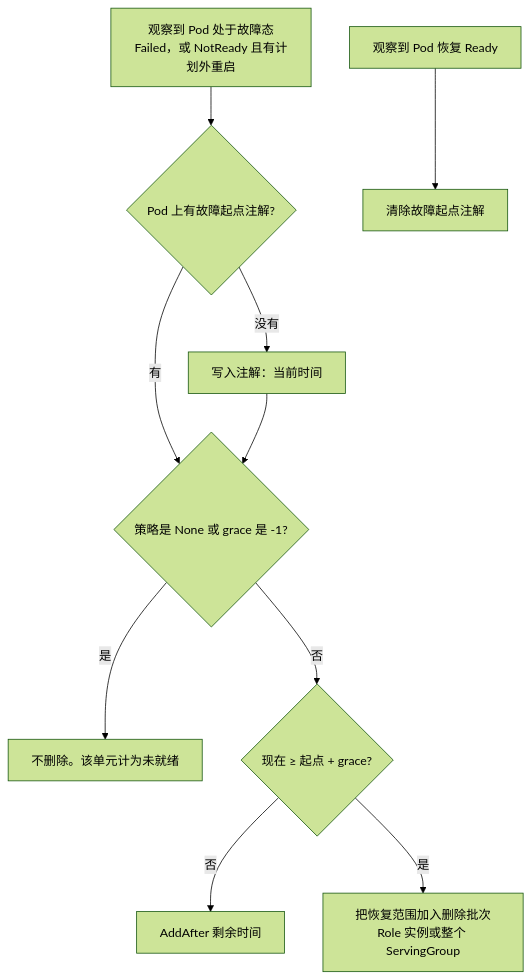
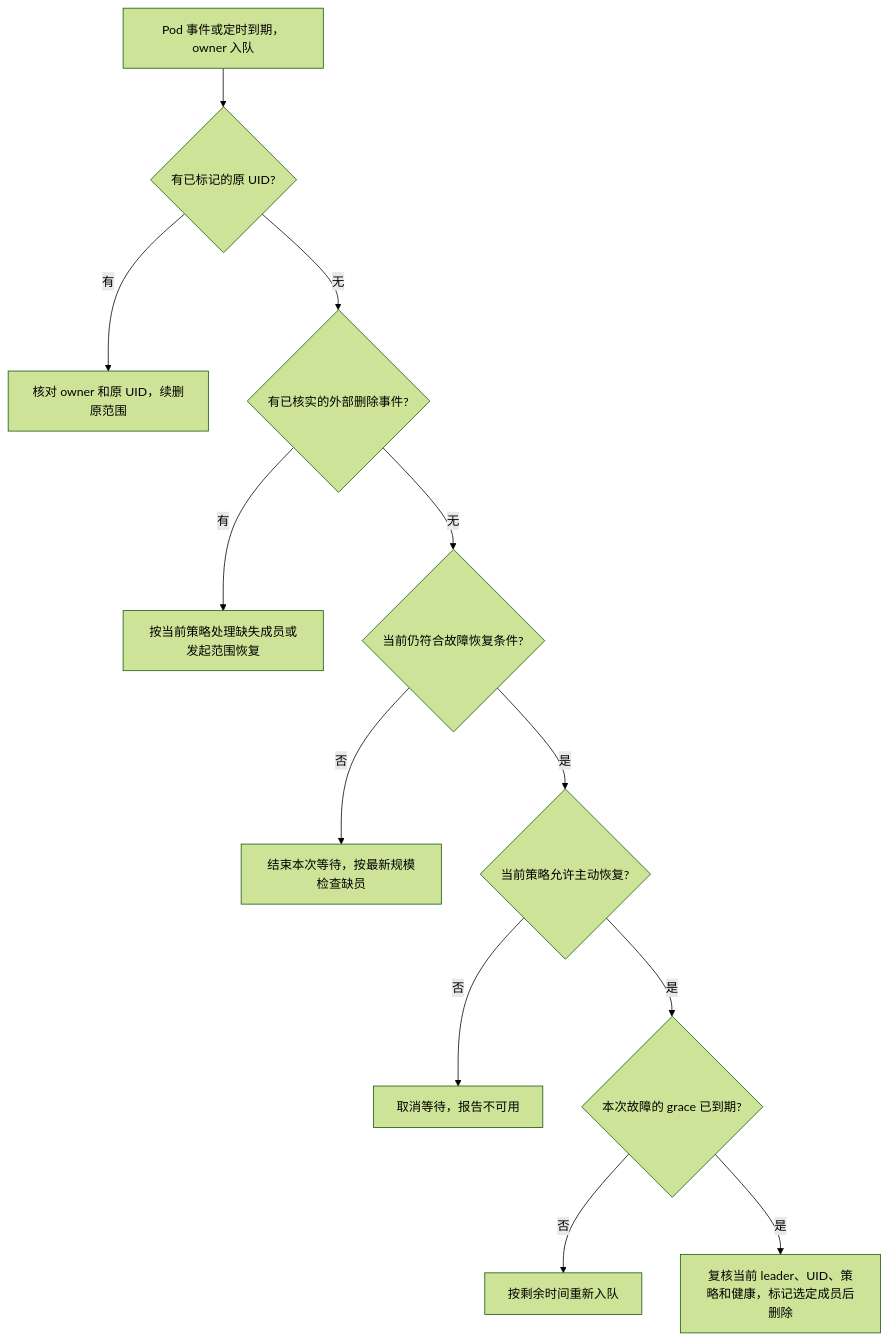
One commit to VanderChen/kthena changed the tenth of 10 diagrams in docs/proposal/modelserving-rollout-state-design.md. Above: the diagram before and after it, drawn with Mermaid (forest theme). The commit also changed other lines of this file and 2 other files, not shown here.

Commit message:
docs: clarify ModelServing reconciliation boundaries and rollout review findings

````diff
--- a/docs/proposal/modelserving-rollout-state-design.md
+++ b/docs/proposal/modelserving-rollout-state-design.md
@@ -594,12 +596,14 @@
 ```mermaid
 flowchart TD
-    A[观察到 Pod 处于故障态<br/>Failed，或 NotReady 且有计划外重启] --> B{Pod 上有故障起点注解?}
-    B -->|没有| C[写入注解：当前时间]
-    B -->|有| D
-    C --> D{策略是 None 或 grace 是 -1?}
-    D -->|是| E[不删除。该单元计为未就绪]
-    D -->|否| F{现在 ≥ 起点 + grace?}
-    F -->|否| G[AddAfter 剩余时间]
-    F -->|是| H[把恢复范围加入删除批次<br/>Role 实例或整个 ServingGroup]
-    I[观察到 Pod 恢复 Ready] --> J[清除故障起点注解]
+    A[Pod 事件或定时到期，owner 入队] --> B{有已标记的原 UID?}
+    B -->|有| C[核对 owner 和原 UID，续删原范围]
+    B -->|无| K{有已核实的外部删除事件?}
+    K -->|有| L[按当前策略处理缺失成员或发起范围恢复]
+    K -->|无| D{当前仍符合故障恢复条件?}
+    D -->|否| E[结束本次等待，按最新规模检查缺员]
+    D -->|是| F{当前策略允许主动恢复?}
+    F -->|否| G[取消等待，报告不可用]
+    F -->|是| H{本次故障的 grace 已到期?}
+    H -->|否| I[按剩余时间重新入队]
+    H -->|是| J[复核当前 leader、UID、策略和健康，标记选定成员后删除]
 ```
````
